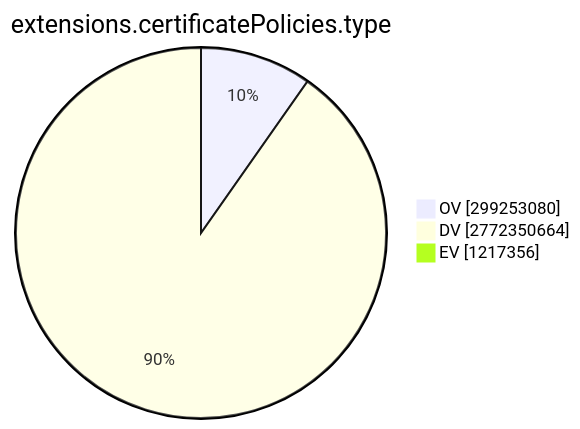
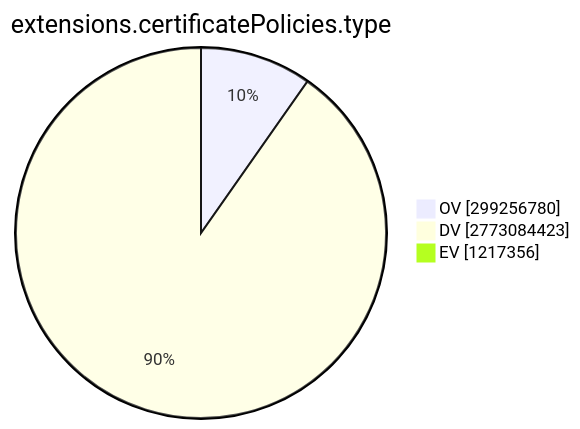
Before and after one commit to christiankrug/ctmonitor_visualization: the ninth of 15 diagrams in TOTAL/README.md, drawn with Mermaid. The commit also changed other lines of this file, not shown here.

````diff
--- a/TOTAL/README.md
+++ b/TOTAL/README.md
@@ -3101,7 +3101,7 @@
 ```mermaid
 pie showData
 title extensions.certificatePolicies.type
-"OV" :299253080
-"DV" :2772350664
+"OV" :299256780
+"DV" :2773084423
 "EV" :1217356
 ```
````
